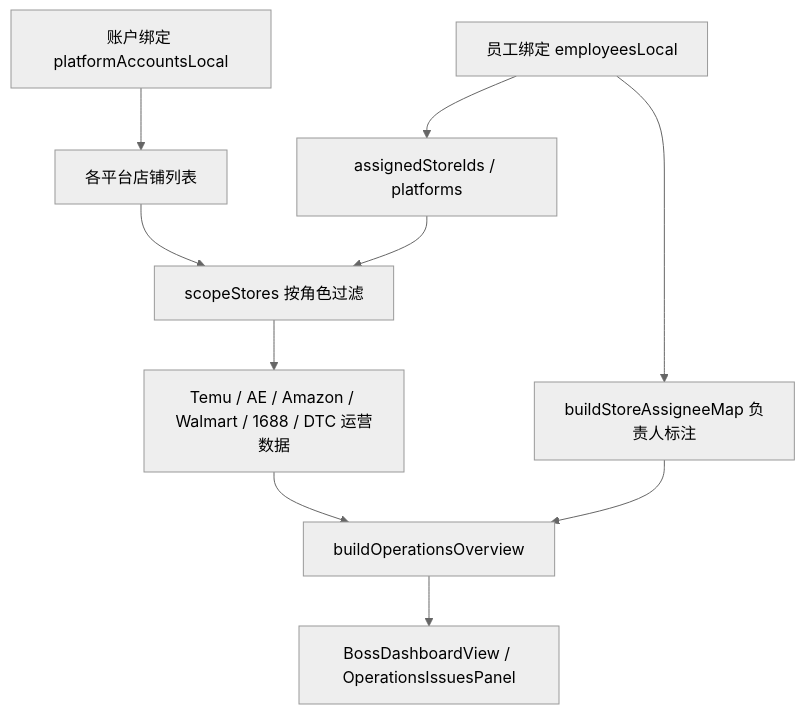
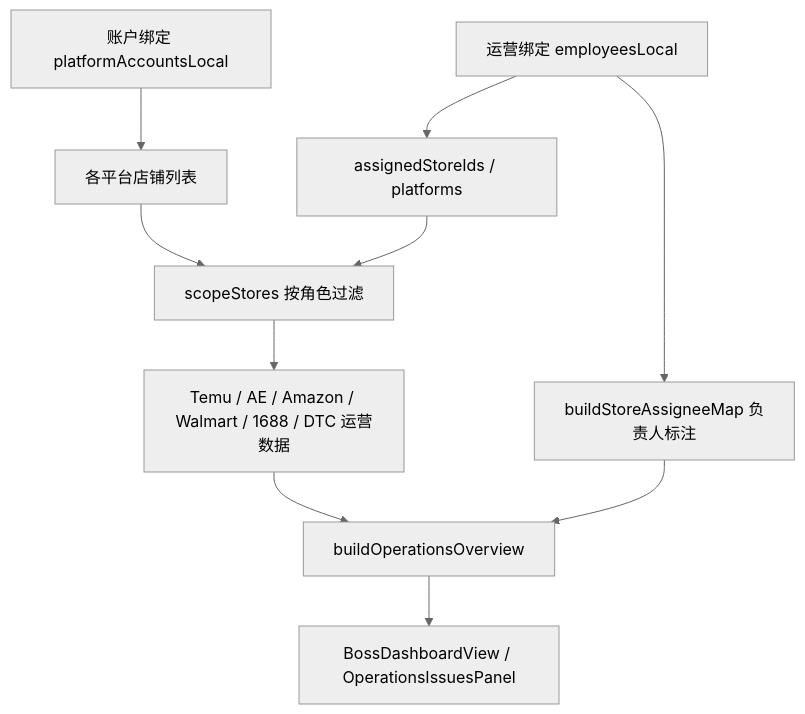
Before and after one commit to XQ-Best/SaaS-HZ_WEB_Demo: the first of 3 diagrams in dev/vue-site/README.md, drawn with Mermaid (neutral theme). The commit also changed other lines of this file and 91 other files, not shown here.

````diff
--- a/dev/vue-site/README.md
+++ b/dev/vue-site/README.md
@@ -131,12 +148,12 @@
 ```mermaid
 flowchart TD
   A[账户绑定 platformAccountsLocal] --> B[各平台店铺列表]
-  C[员工绑定 employeesLocal] --> D[assignedStoreIds / platforms]
+  C[运营绑定 employeesLocal] --> D[assignedStoreIds / platforms]
   B --> E[scopeStores 按角色过滤]
   D --> E
   E --> F[Temu / AE / Amazon / Walmart / 1688 / DTC 运营数据]
   F --> G[buildOperationsOverview]
   C --> H[buildStoreAssigneeMap 负责人标注]
   H --> G
   G --> I[BossDashboardView / OperationsIssuesPanel]
 ```
````
